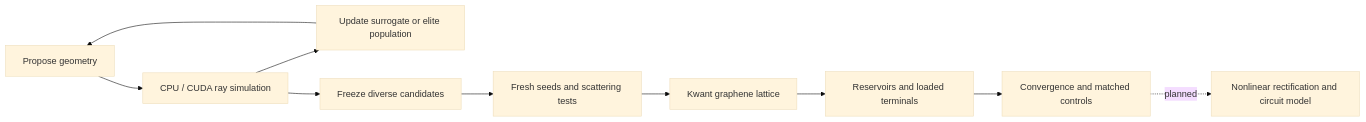
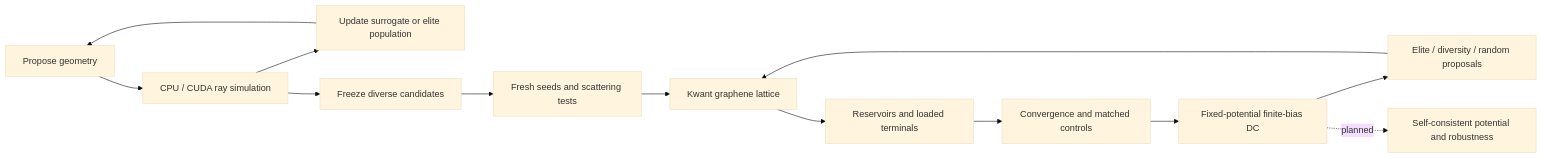
Before and after one commit to CambrianTech/ballistic-device-lab: the diagram in README.md, drawn with Mermaid (base theme). The commit also changed other lines of this file and 13 other files, not shown here.

````diff
--- a/README.md
+++ b/README.md
@@ -51,12 +64,15 @@
 ```mermaid
 flowchart LR
     A[Propose geometry] --> B[CPU / CUDA ray simulation]
     B --> C[Update surrogate or elite population]
     C --> A
     B --> D[Freeze diverse candidates]
     D --> E[Fresh seeds and scattering tests]
     E --> F[Kwant graphene lattice]
     F --> G[Reservoirs and loaded terminals]
     G --> H[Convergence and matched controls]
-    H -. planned .-> I[Nonlinear rectification and circuit model]
+    H --> I[Fixed-potential finite-bias DC]
+    I --> J[Elite / diversity / random proposals]
+    J --> F
+    I -. planned .-> K[Self-consistent potential and robustness]
 ```
````
